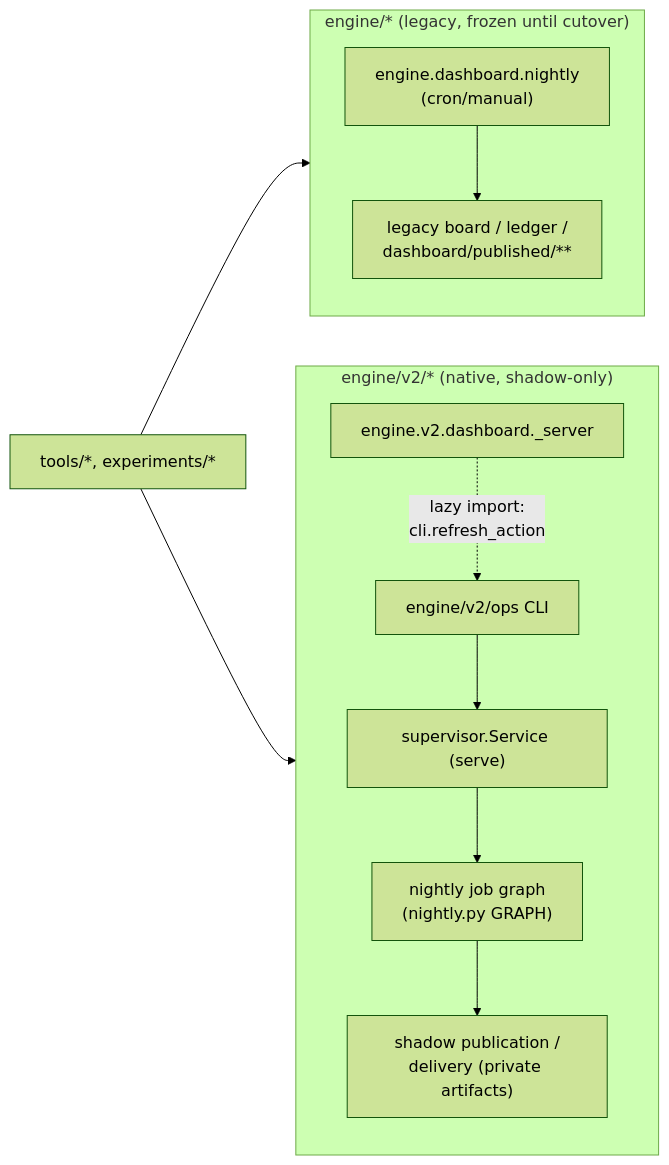
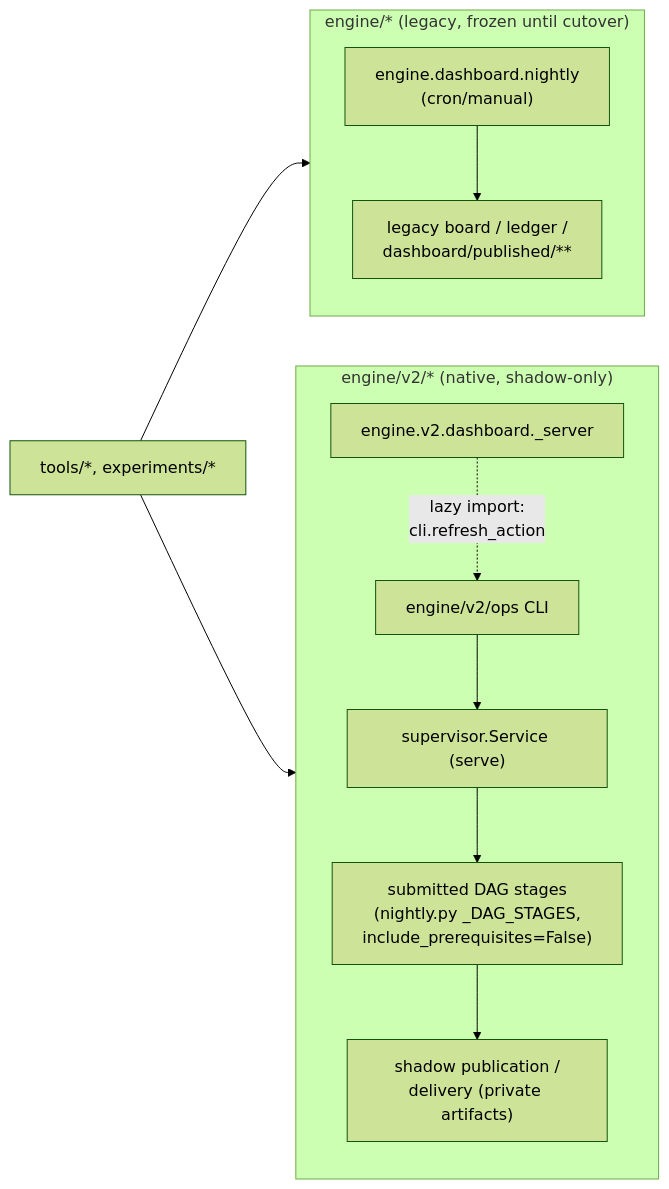
One commit to yshewchuk/investment-validation changed the diagram in ARCHITECTURE.md. Above: the diagram before and after it, drawn with Mermaid (forest theme). The commit also changed other lines of this file and 2 other files, not shown here.

````diff
--- a/ARCHITECTURE.md
+++ b/ARCHITECTURE.md
@@ -238,14 +240,14 @@
 ```mermaid
 flowchart LR
     subgraph Legacy["engine/* (legacy, frozen until cutover)"]
         LN["engine.dashboard.nightly<br/>(cron/manual)"] --> LB["legacy board / ledger /<br/>dashboard/published/**"]
     end
     subgraph V2["engine/v2/* (native, shadow-only)"]
         CLI["engine/v2/ops CLI"] --> SUP["supervisor.Service (serve)"]
-        SUP --> DAG["nightly job graph<br/>(nightly.py GRAPH)"]
+        SUP --> DAG["submitted DAG stages<br/>(nightly.py _DAG_STAGES,<br/>include_prerequisites=False)"]
         DAG --> PUB["shadow publication /<br/>delivery (private artifacts)"]
         DASH["engine.v2.dashboard._server"] -. "lazy import:<br/>cli.refresh_action" .-> CLI
     end
     Tools["tools/*, experiments/*"] --> Legacy
     Tools --> V2
 ```
````
